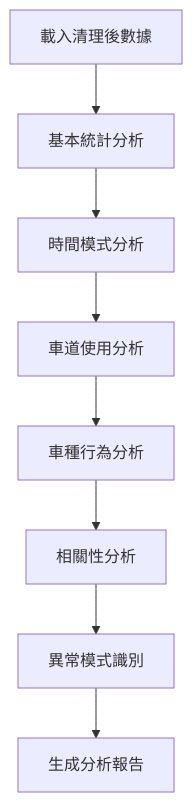
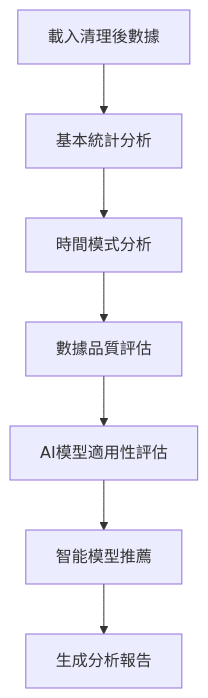
One commit to qrere-Ya/traffic_project_roadmap changed the fourth of 6 diagrams in README.md. Above: the diagram before and after it, drawn with Mermaid. The commit also changed other lines of this file, not shown here.

````diff
--- a/README.md
+++ b/README.md
@@ -133,10 +171,9 @@
 ```mermaid
 graph TD
     U[載入清理後數據] --> V[基本統計分析]
     V --> W[時間模式分析]
-    W --> X[車道使用分析]
-    X --> Y[車種行為分析]
-    Y --> Z[相關性分析]
-    Z --> AA[異常模式識別]
-    AA --> BB[生成分析報告]
+    W --> X[數據品質評估]
+    X --> Y[AI模型適用性評估]
+    Y --> Z[智能模型推薦]
+    Z --> AA[生成分析報告]
 ```
````
